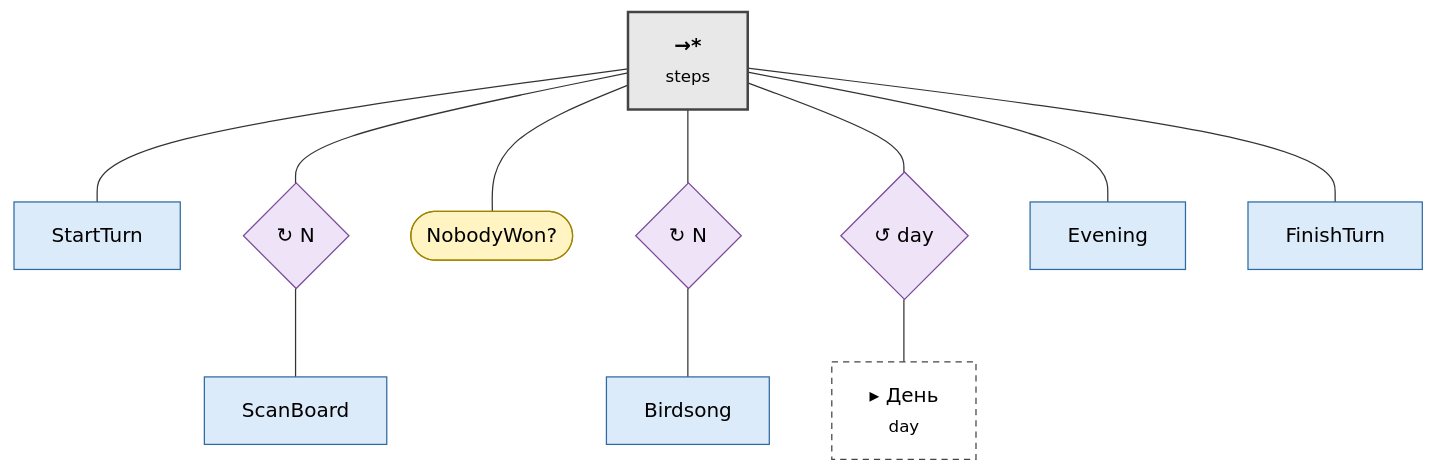
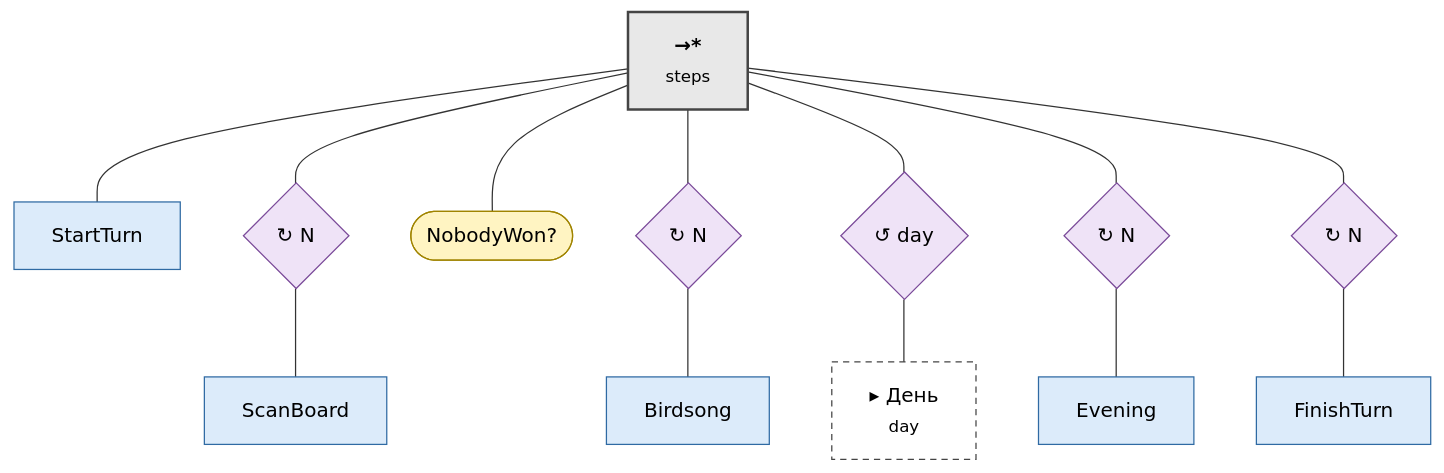
Before and after one commit to olenakshyk/RootBot67: the second of 3 diagrams in docs/decisions/0007-behaviour-tree.md, drawn with Mermaid. The commit also changed other lines of this file and 6 other files, not shown here.

````diff
--- a/docs/decisions/0007-behaviour-tree.md
+++ b/docs/decisions/0007-behaviour-tree.md
@@ -75,31 +81,35 @@
 ```mermaid
 flowchart TD
     steps["<b>→*</b><br/><small>steps</small>"]:::control
     start["StartTurn"]:::action
     retryScan{"↻ N"}:::decorator
     scan["ScanBoard"]:::action
     nobodyWon(["NobodyWon?"]):::condition
     retryBirdsong{"↻ N"}:::decorator
     birdsong["Birdsong"]:::action
     repeatDay{"↺ day"}:::decorator
     day["▸ День<br/><small>day</small>"]:::subtree
+    retryEvening{"↻ N"}:::decorator
     evening["Evening"]:::action
+    retryFinish{"↻ N"}:::decorator
     finish["FinishTurn"]:::action
 
     steps --- start
     steps --- retryScan
     steps --- nobodyWon
     steps --- retryBirdsong
     steps --- repeatDay
-    steps --- evening
-    steps --- finish
+    steps --- retryEvening
+    steps --- retryFinish
+    retryEvening --- evening
+    retryFinish --- finish
     retryScan --- scan
     retryBirdsong --- birdsong
     repeatDay --- day
 
     classDef control fill:#e8e8e8,stroke:#444,stroke-width:2px,color:#000
     classDef decorator fill:#efe3f7,stroke:#7a4a99,color:#000
     classDef condition fill:#fff4c2,stroke:#a08400,color:#000
     classDef action fill:#dcebfa,stroke:#2f6aa3,color:#000
     classDef subtree fill:#ffffff,stroke:#444,stroke-dasharray:5 4,color:#000
 ```
````
